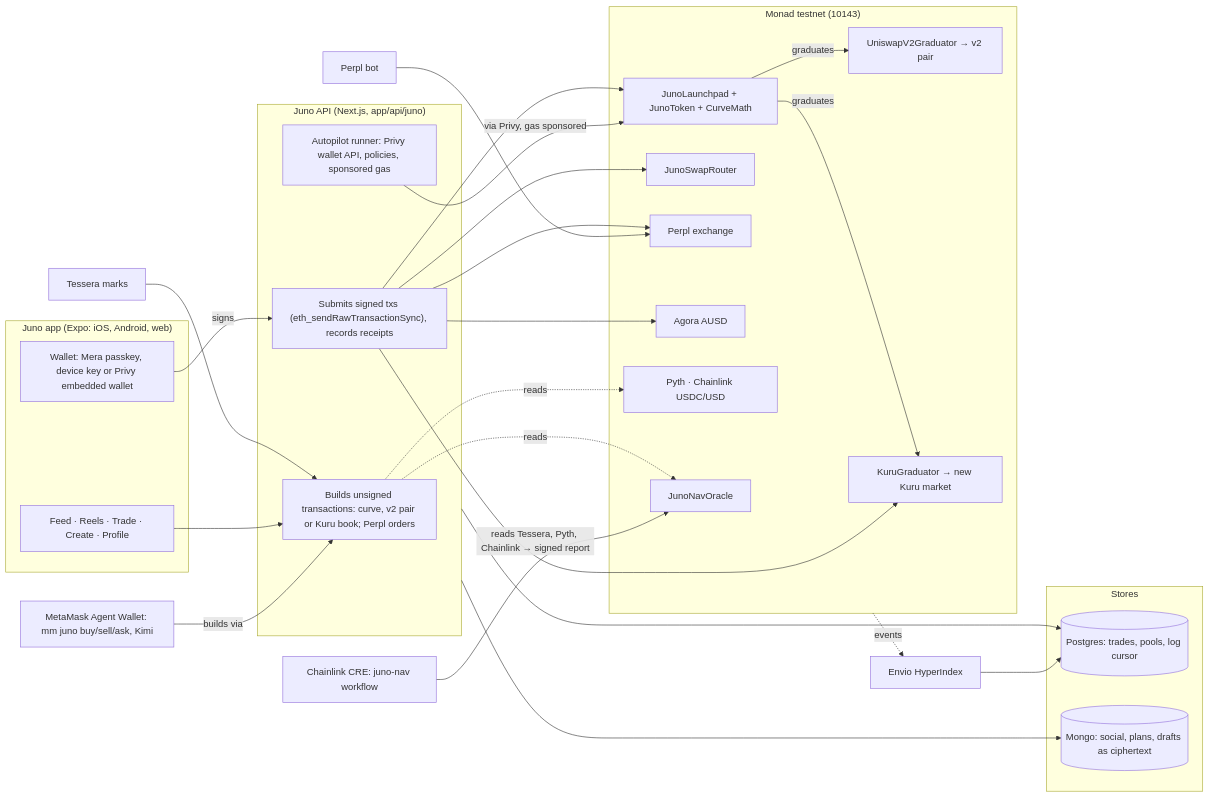
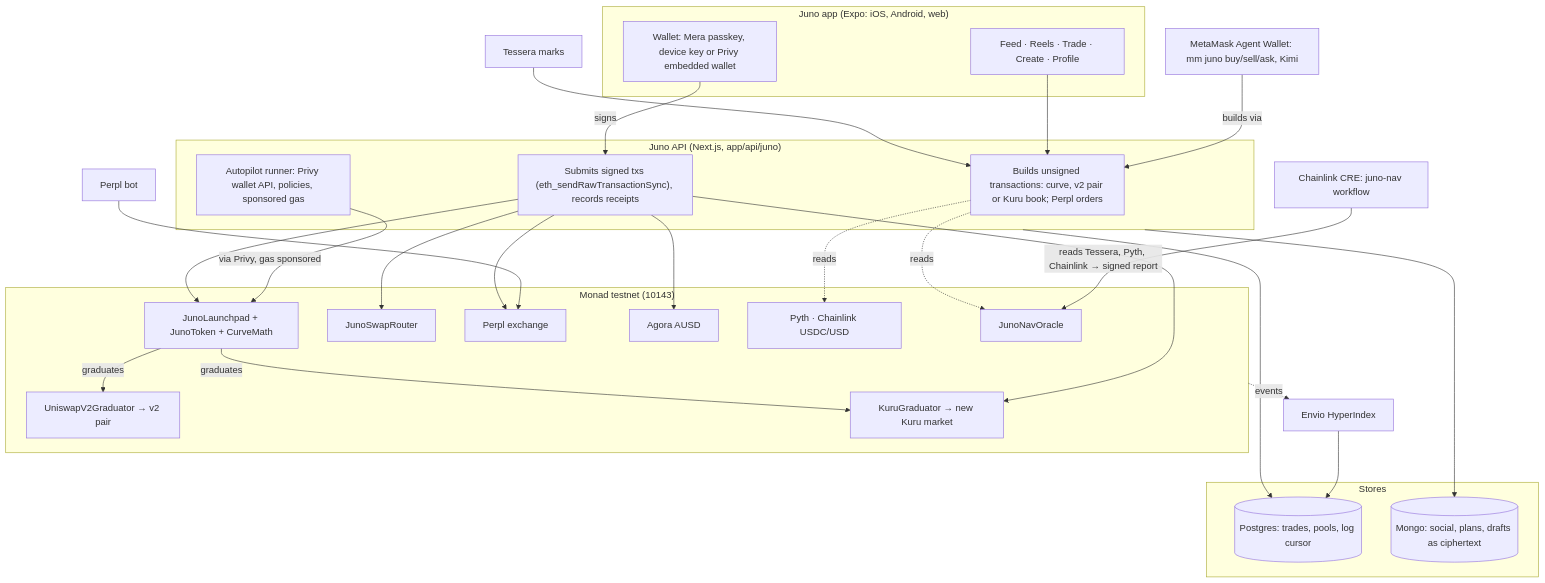
Before and after one commit to robinbanter/juno-monad: the diagram in README.md, drawn with Mermaid.

Commit message:
README: lay the architecture diagram out top to bottom, readable at README width

````diff
--- a/README.md
+++ b/README.md
@@ -186,39 +186,39 @@
 ```mermaid
-flowchart LR
+flowchart TB
   subgraph Phone["Juno app (Expo: iOS, Android, web)"]
     UI[Feed · Reels · Trade · Create · Profile]
     W["Wallet: Mera passkey, device key or Privy embedded wallet"]
   end
   subgraph API["Juno API (Next.js, app/api/juno)"]
     B["Builds unsigned transactions: curve, v2 pair or Kuru book; Perpl orders"]
     S["Submits signed txs (eth_sendRawTransactionSync), records receipts"]
     AP["Autopilot runner: Privy wallet API, policies, sponsored gas"]
   end
   subgraph Data[Stores]
     PG[("Postgres: trades, pools, log cursor")]
     MG[("Mongo: social, plans, drafts as ciphertext")]
   end
   subgraph Monad["Monad testnet (10143)"]
     LP["JunoLaunchpad + JunoToken + CurveMath"]
     G2["UniswapV2Graduator → v2 pair"]
     GK["KuruGraduator → new Kuru market"]
     R[JunoSwapRouter]
     PP[Perpl exchange]
     AU[Agora AUSD]
     PY["Pyth · Chainlink USDC/USD"]
     NO[JunoNavOracle]
   end
   EN[Envio HyperIndex] --> PG
   CRE["Chainlink CRE: juno-nav workflow"] -->|"reads Tessera, Pyth, Chainlink → signed report"| NO
   MM["MetaMask Agent Wallet: mm juno buy/sell/ask, Kimi"] -->|"builds via"| B
   BOT[Perpl bot] --> PP
   AP -->|"via Privy, gas sponsored"| LP
   UI --> B
   W -->|signs| S
   S --> LP & R & GK & PP & AU
   LP -->|graduates| G2 & GK
   API --> PG & MG
   B -.->|reads| PY & NO
   Monad -.->|events| EN
   T["Tessera marks"] --> B
 ```
````
